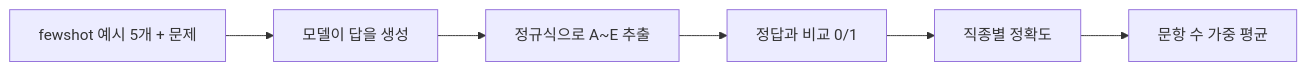
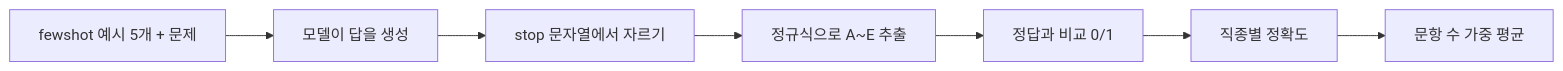
Before and after one commit to kangmin04/kangmin04.github.io: the diagram in _posts/2026-10-08-kormedmcqa.md, drawn with Mermaid. The commit also changed other lines of this file and 10 other files, not shown here.

````diff
--- a/_posts/2026-10-08-kormedmcqa.md
+++ b/_posts/2026-10-08-kormedmcqa.md
@@ -113,8 +190,9 @@
 ```mermaid
 flowchart LR
   A[fewshot 예시 5개 + 문제] --> B[모델이 답을 생성]
-  B --> C[정규식으로 A~E 추출]
-  C --> D[정답과 비교 0/1]
-  D --> E[직종별 정확도]
-  E --> F[문항 수 가중 평균]
+  B --> C[stop 문자열에서 자르기]
+  C --> D[정규식으로 A~E 추출]
+  D --> E[정답과 비교 0/1]
+  E --> F[직종별 정확도]
+  F --> G[문항 수 가중 평균]
 ```
````
